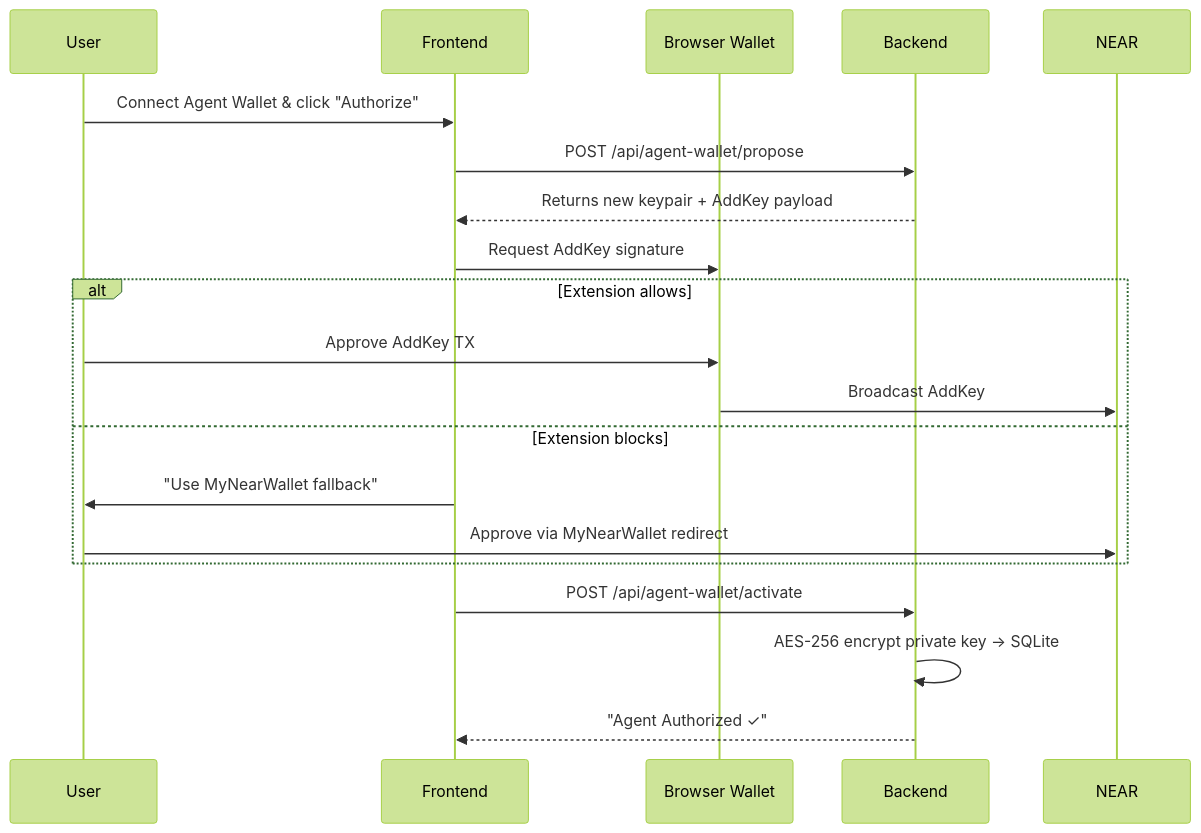
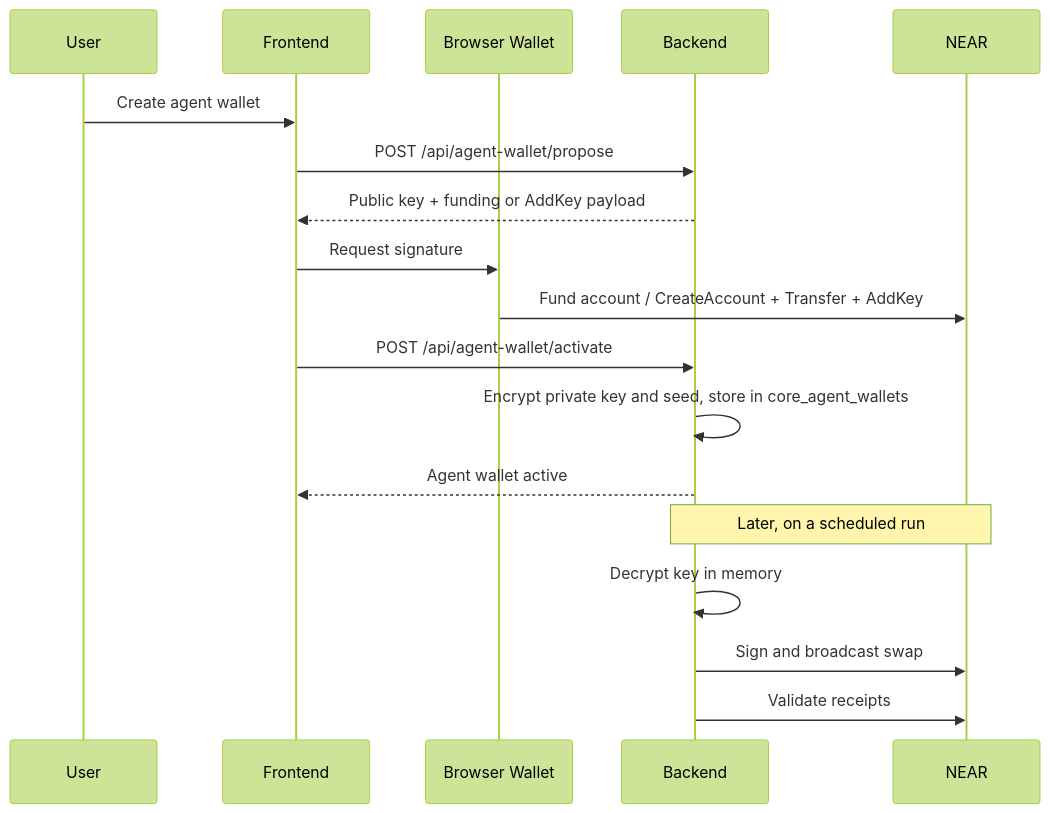
Before and after one commit to TheDarrk/N-agent: the second of 11 diagrams in README.md, drawn with Mermaid (forest theme). The commit also changed other lines of this file and 6 other files, not shown here.

````diff
--- a/README.md
+++ b/README.md
@@ -110,23 +163,21 @@
 ```mermaid
 sequenceDiagram
     participant User
     participant Frontend
     participant Wallet as Browser Wallet
     participant Backend
     participant NEAR
 
-    User->>Frontend: Connect Agent Wallet & click "Authorize"
+    User->>Frontend: Create agent wallet
     Frontend->>Backend: POST /api/agent-wallet/propose
-    Backend-->>Frontend: Returns new keypair + AddKey payload
-    Frontend->>Wallet: Request AddKey signature
-    alt Extension allows
-        User->>Wallet: Approve AddKey TX
-        Wallet->>NEAR: Broadcast AddKey
-    else Extension blocks
-        Frontend->>User: "Use MyNearWallet fallback"
-        User->>NEAR: Approve via MyNearWallet redirect
-    end
+    Backend-->>Frontend: Public key + funding or AddKey payload
+    Frontend->>Wallet: Request signature
+    Wallet->>NEAR: Fund account / CreateAccount + Transfer + AddKey
     Frontend->>Backend: POST /api/agent-wallet/activate
-    Backend->>Backend: AES-256 encrypt private key → SQLite
-    Backend-->>Frontend: "Agent Authorized ✓"
+    Backend->>Backend: Encrypt private key and seed, store in core_agent_wallets
+    Backend-->>Frontend: Agent wallet active
+    Note over Backend,NEAR: Later, on a scheduled run
+    Backend->>Backend: Decrypt key in memory
+    Backend->>NEAR: Sign and broadcast swap
+    Backend->>NEAR: Validate receipts
 ```
````
